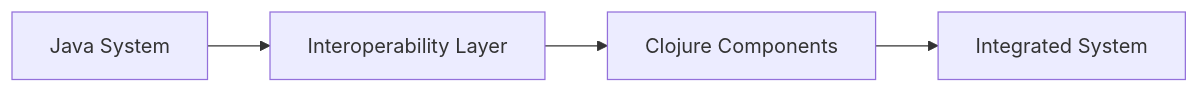
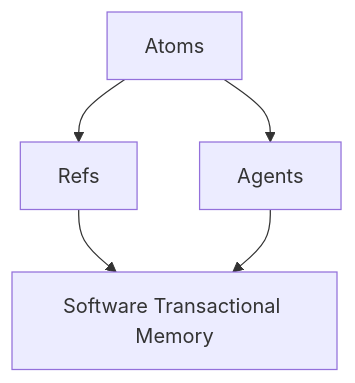
Before and after one commit to MasteryEducation/ClojureForJava.com: the second of 2 diagrams in content/3/19/4/index.md, drawn with Mermaid. The commit also changed other lines of this file and 74 other files, not shown here.

````diff
--- a/content/3/19/4/index.md
+++ b/content/3/19/4/index.md
@@ -166,6 +147,7 @@
 ```mermaid
-flowchart LR
-    A[Java System] --> B[Interoperability Layer]
-    B --> C[Clojure Components]
-    C --> D[Integrated System]
+graph TD;
+    A[Atoms] --> B[Refs]
+    A --> C[Agents]
+    B --> D[Software Transactional Memory]
+    C --> D
 ```
````
